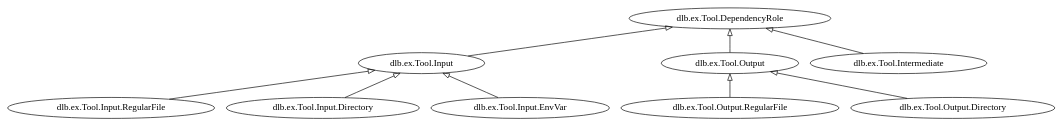
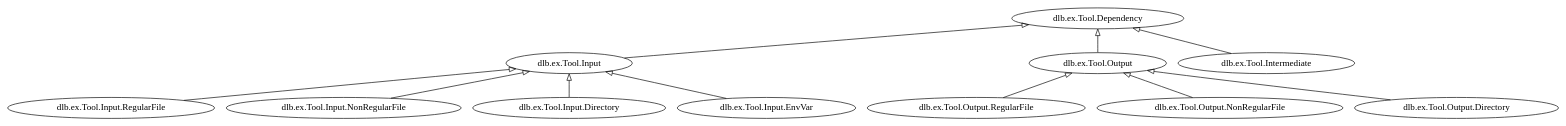
Before and after one commit to dlu-ch/dlb: the second of 2 diagrams in doc/ex_tool.rst, drawn with Graphviz. The commit also changed other lines of this file and 3 other files, not shown here.

First line of the commit message:
Add new dlb.ex.tool2.dependency.Dependency

```diff
--- a/doc/ex_tool.rst
+++ b/doc/ex_tool.rst
@@ -153,18 +183,20 @@
 .. graphviz::
 
    digraph foo {
        graph [rankdir=BT];
        node [height=0.25];
        edge [arrowhead=empty];
 
        "dlb.ex.Tool.Input.RegularFile" -> "dlb.ex.Tool.Input";
+       "dlb.ex.Tool.Input.NonRegularFile" -> "dlb.ex.Tool.Input";
        "dlb.ex.Tool.Input.Directory" -> "dlb.ex.Tool.Input";
        "dlb.ex.Tool.Input.EnvVar" -> "dlb.ex.Tool.Input";
 
        "dlb.ex.Tool.Output.RegularFile" -> "dlb.ex.Tool.Output";
+       "dlb.ex.Tool.Output.NonRegularFile" -> "dlb.ex.Tool.Output";
        "dlb.ex.Tool.Output.Directory" -> "dlb.ex.Tool.Output";
 
-       "dlb.ex.Tool.Input" -> "dlb.ex.Tool.DependencyRole";
-       "dlb.ex.Tool.Intermediate" -> "dlb.ex.Tool.DependencyRole";
-       "dlb.ex.Tool.Output" -> "dlb.ex.Tool.DependencyRole";
+       "dlb.ex.Tool.Input" -> "dlb.ex.Tool.Dependency";
+       "dlb.ex.Tool.Intermediate" -> "dlb.ex.Tool.Dependency";
+       "dlb.ex.Tool.Output" -> "dlb.ex.Tool.Dependency";
    }
```
